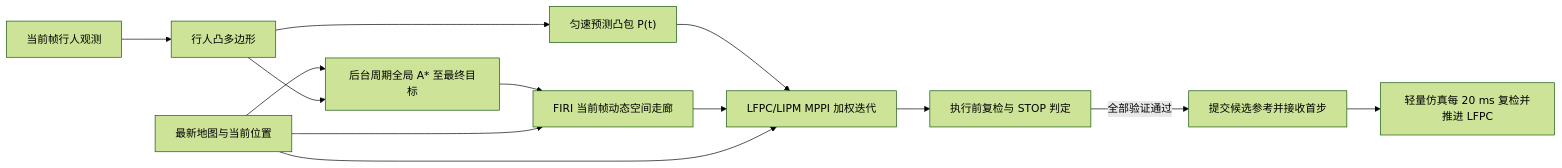
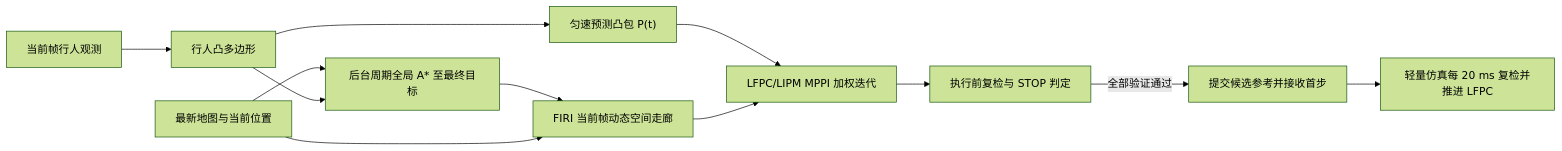
One commit to xcg124110023416/cane_planner changed the diagram in README.md. Above: the diagram before and after it, drawn with Mermaid (forest theme). The commit also changed other lines of this file and 19 other files, not shown here.

````diff
--- a/README.md
+++ b/README.md
@@ -26,15 +26,14 @@
 ```mermaid
 flowchart LR
     MAP["最新地图与当前位置"] --> ASTAR["后台周期全局 A* 至最终目标"]
     ASTAR --> FIRI["FIRI 当前帧动态空间走廊"]
     MAP --> FIRI
     PED["当前帧行人观测"] --> HULL["行人凸多边形"]
     HULL --> ASTAR
     HULL --> CV["匀速预测凸包 P(t)"]
     CV --> MPPI
     FIRI --> MPPI["LFPC/LIPM MPPI 加权迭代"]
-    MAP --> MPPI
     MPPI --> EXEC["执行前复检与 STOP 判定"]
     EXEC -->|全部验证通过| COMMIT["提交候选参考并接收首步"]
     COMMIT --> PLANT["轻量仿真每 20 ms 复检并推进 LFPC"]
 ```
````
